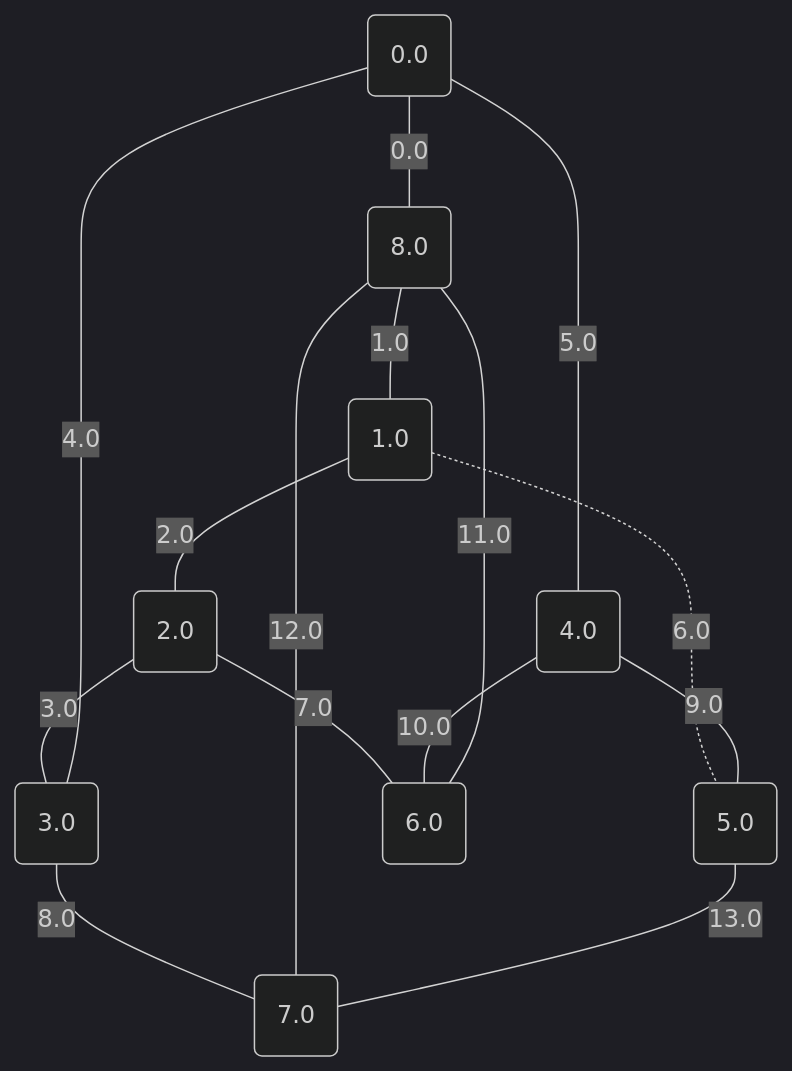
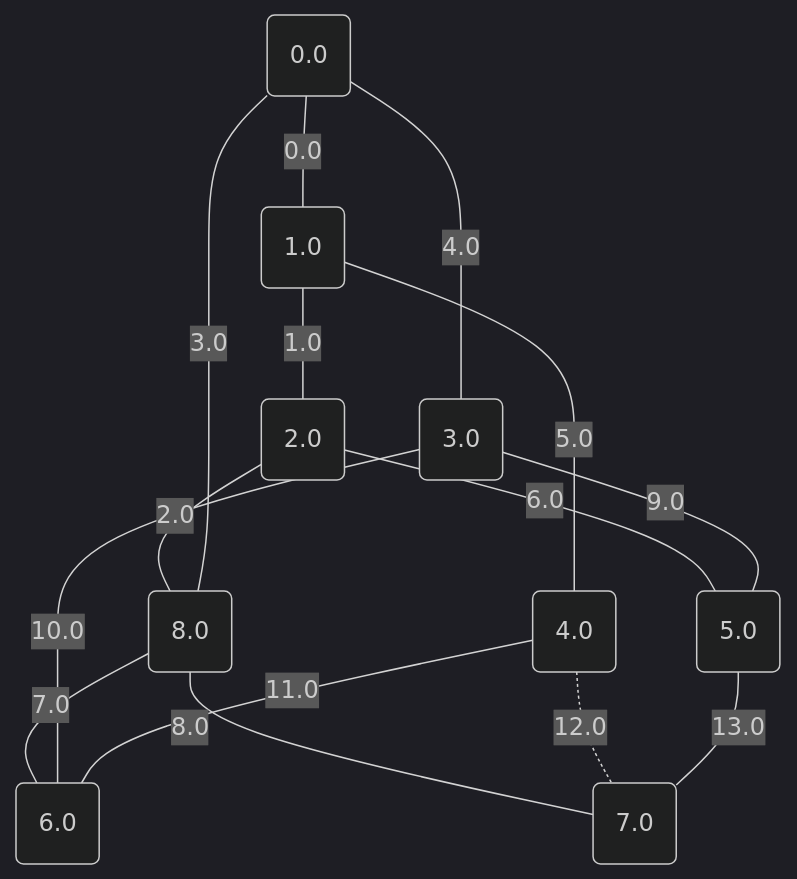
One commit to metury/graphs changed the fourth of 17 diagrams in project/src/testing/minCutPetersen.md. Above: the diagram before and after it, drawn with Mermaid (dark theme). The commit also changed other lines of this file and 50 other files, not shown here.

````diff
--- a/project/src/testing/minCutPetersen.md
+++ b/project/src/testing/minCutPetersen.md
@@ -106,26 +106,26 @@
 ```mermaid
 graph TD;
 0("0.0");
 1("1.0");
 2("2.0");
 3("3.0");
 4("4.0");
 5("5.0");
 6("6.0");
 7("7.0");
 8("8.0");
-	0 -- "0.0" --- 8;
-	8 -- "1.0" --- 1;
-	1 -- "2.0" --- 2;
-	2 -- "3.0" --- 3;
-	3 -- "4.0" --- 0;
-	0 -- "5.0" --- 4;
-	1 -. "6.0" -.- 5;
-	2 -- "7.0" --- 6;
-	3 -- "8.0" --- 7;
-	4 -- "9.0" --- 5;
-	4 -- "10.0" --- 6;
-	8 -- "11.0" --- 6;
-	8 -- "12.0" --- 7;
+	0 -- "0.0" --- 1;
+	1 -- "1.0" --- 2;
+	2 -- "2.0" --- 8;
+	8 -- "3.0" --- 0;
+	0 -- "4.0" --- 3;
+	1 -- "5.0" --- 4;
+	2 -- "6.0" --- 5;
+	8 -- "7.0" --- 6;
+	8 -- "8.0" --- 7;
+	3 -- "9.0" --- 5;
+	3 -- "10.0" --- 6;
+	4 -- "11.0" --- 6;
+	4 -. "12.0" -.- 7;
 	5 -- "13.0" --- 7;
 ```
````
